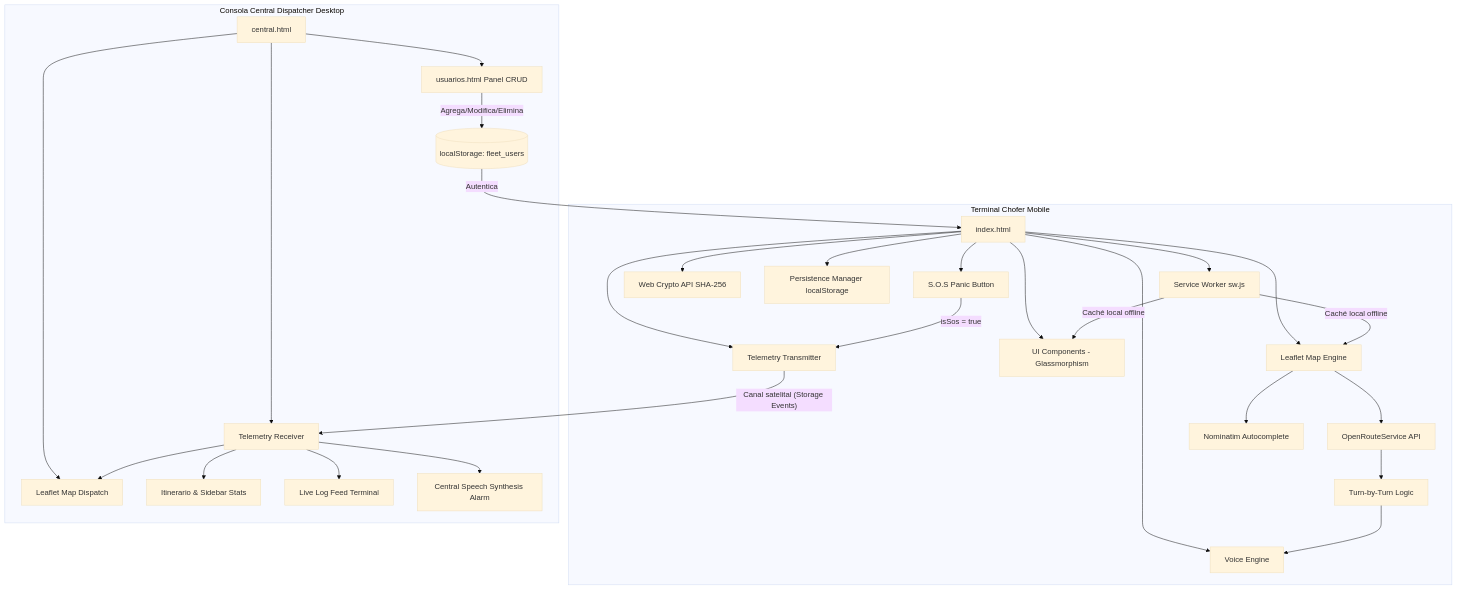
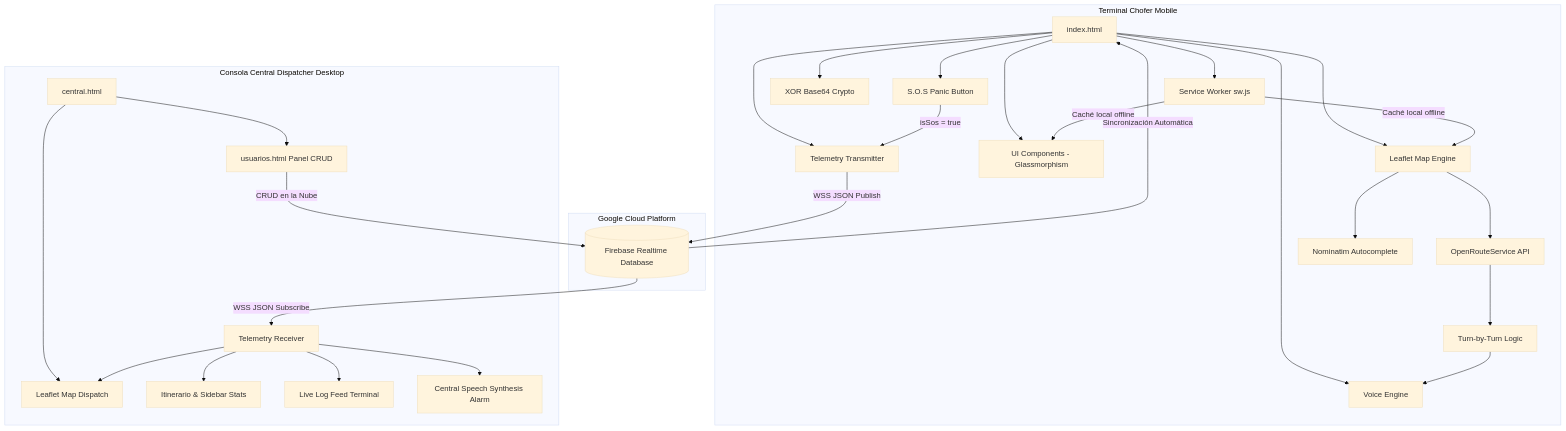
One commit to JuanMatiasGuarnieri/correoService changed the diagram in web-app/README.md. Above: the diagram before and after it, drawn with Mermaid (base theme). The commit also changed other lines of this file and 3 other files, not shown here.

````diff
--- a/web-app/README.md
+++ b/web-app/README.md
@@ -126,34 +127,36 @@
 ```mermaid
 graph TD
     subgraph Terminal Chofer Mobile
         A[index.html] --> B[Leaflet Map Engine]
         A --> C[UI Components - Glassmorphism]
         A --> SW[Service Worker sw.js]
         SW --> |Caché local offline| B
         SW --> |Caché local offline| C
-        A --> CRY[Web Crypto API SHA-256]
+        A --> CRY[XOR Base64 Crypto]
         B --> D[OpenRouteService API]
         B --> E[Nominatim Autocomplete]
         A --> F[Voice Engine]
-        A --> G[Persistence Manager localStorage]
         D --> H[Turn-by-Turn Logic]
         H --> F
         A --> SOS[S.O.S Panic Button]
         A --> TEL[Telemetry Transmitter]
         SOS --> |"isSos = true"| TEL
     end
     
-    TEL --> |"Canal satelital (Storage Events)"| TEL_R
+    subgraph Google Cloud Platform
+        FB[(Firebase Realtime Database)]
+        TEL --> |"WSS JSON Publish"| FB
+    end
     
     subgraph Consola Central Dispatcher Desktop
         C_HTML[central.html] --> C_MAP[Leaflet Map Dispatch]
-        C_HTML --> TEL_R[Telemetry Receiver]
+        FB --> |"WSS JSON Subscribe"| TEL_R[Telemetry Receiver]
         TEL_R --> C_MAP
         TEL_R --> C_UI[Itinerario & Sidebar Stats]
         TEL_R --> C_LOG[Live Log Feed Terminal]
         TEL_R --> C_VOX[Central Speech Synthesis Alarm]
         C_HTML --> U_HTML[usuarios.html Panel CRUD]
-        U_HTML --> |"Agrega/Modifica/Elimina"| G_USERS[(localStorage: fleet_users)]
-        G_USERS --> |"Autentica"| A
+        U_HTML --> |"CRUD en la Nube"| FB
+        FB --> |"Sincronización Automática"| A
     end
 ```
````
